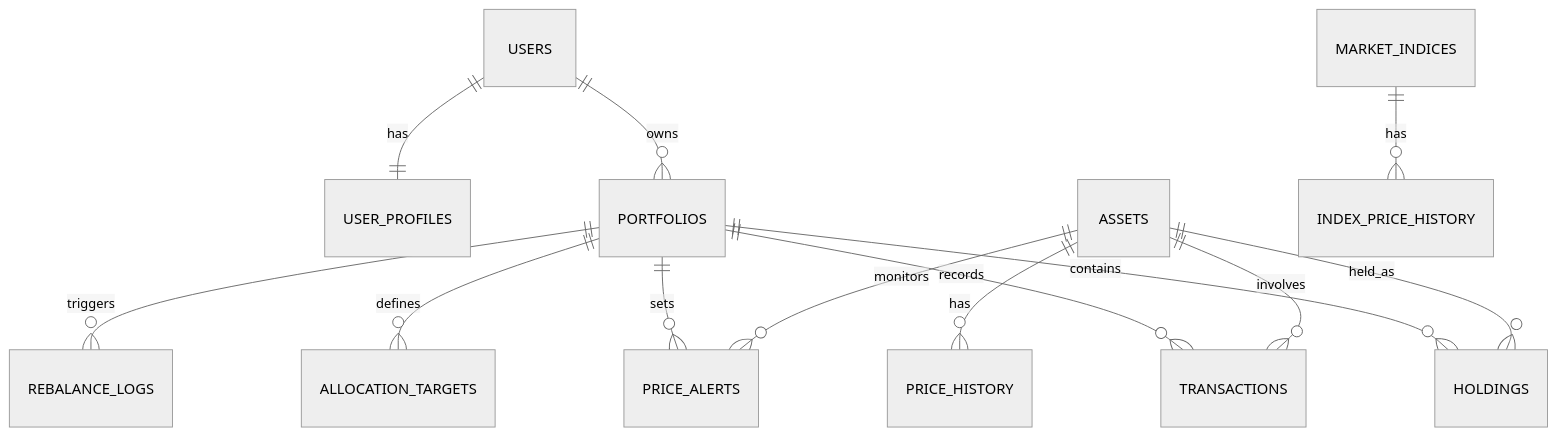
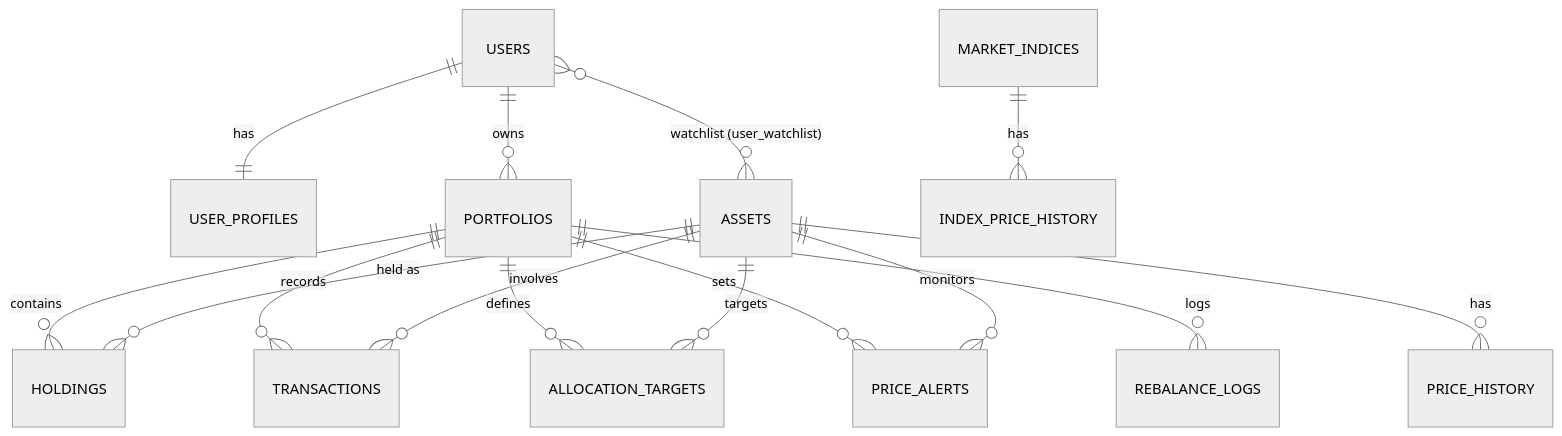
Before and after one commit to OTTOxmessa/PortfolioManagement: the second of 2 diagrams in README.md, drawn with Mermaid (neutral theme). The commit also changed other lines of this file and 6 other files, not shown here.

Commit message:
docs: add ER diagram, data dictionary, SOLID and design pattern docs

````diff
--- a/README.md
+++ b/README.md
@@ -162,15 +118,17 @@
 ```mermaid
 erDiagram
-    USERS ||--|| USER_PROFILES : "has"
-    USERS ||--o{ PORTFOLIOS : "owns"
-    PORTFOLIOS ||--o{ HOLDINGS : "contains"
-    ASSETS ||--o{ HOLDINGS : "held_as"
-    PORTFOLIOS ||--o{ TRANSACTIONS : "records"
-    ASSETS ||--o{ TRANSACTIONS : "involves"
-    PORTFOLIOS ||--o{ ALLOCATION_TARGETS : "defines"
-    PORTFOLIOS ||--o{ PRICE_ALERTS : "sets"
-    ASSETS ||--o{ PRICE_ALERTS : "monitors"
-    ASSETS ||--o{ PRICE_HISTORY : "has"
-    MARKET_INDICES ||--o{ INDEX_PRICE_HISTORY : "has"
-    PORTFOLIOS ||--o{ REBALANCE_LOGS : "triggers"
+    USERS ||--|| USER_PROFILES : has
+    USERS ||--o{ PORTFOLIOS : owns
+    USERS }o--o{ ASSETS : "watchlist (user_watchlist)"
+    PORTFOLIOS ||--o{ HOLDINGS : contains
+    ASSETS ||--o{ HOLDINGS : "held as"
+    PORTFOLIOS ||--o{ TRANSACTIONS : records
+    ASSETS ||--o{ TRANSACTIONS : involves
+    PORTFOLIOS ||--o{ ALLOCATION_TARGETS : defines
+    ASSETS ||--o{ ALLOCATION_TARGETS : targets
+    PORTFOLIOS ||--o{ PRICE_ALERTS : sets
+    ASSETS ||--o{ PRICE_ALERTS : monitors
+    PORTFOLIOS ||--o{ REBALANCE_LOGS : logs
+    ASSETS ||--o{ PRICE_HISTORY : has
+    MARKET_INDICES ||--o{ INDEX_PRICE_HISTORY : has
 ```
````
